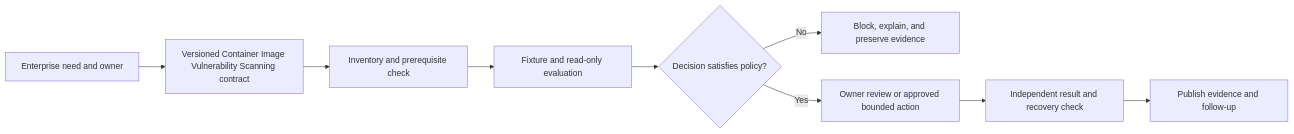
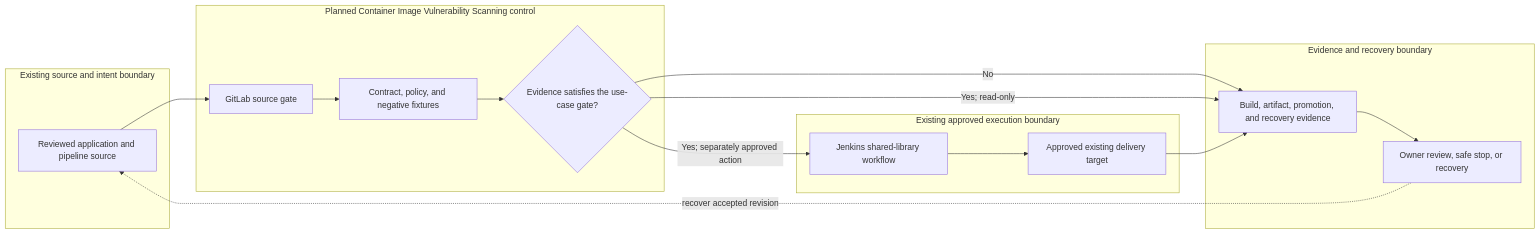
Before and after one commit to MIDHTECH/enterprise-architecture-docs: the diagram in docs/use-cases/devsecops/UC-CICD-012-container-image-vulnerability-scanning.md, drawn with Mermaid. The commit also changed other lines of this file and 227 other files, not shown here.

Commit message:
Deepen architecture for all use case designs

````diff
--- a/docs/use-cases/devsecops/UC-CICD-012-container-image-vulnerability-scanning.md
+++ b/docs/use-cases/devsecops/UC-CICD-012-container-image-vulnerability-scanning.md
@@ -136,11 +129,25 @@
 ```mermaid
 flowchart LR
-    Need["Enterprise need and owner"] --> Contract["Versioned Container Image Vulnerability Scanning contract"]
-    Contract --> Preflight["Inventory and prerequisite check"]
-    Preflight --> Evaluate["Fixture and read-only evaluation"]
-    Evaluate --> Decision{"Decision satisfies policy?"}
-    Decision -->|No| Stop["Block, explain, and preserve evidence"]
-    Decision -->|Yes| Review["Owner review or approved bounded action"]
-    Review --> Verify["Independent result and recovery check"]
-    Verify --> Publish["Publish evidence and follow-up"]
+    subgraph Source["Existing source and intent boundary"]
+        A["Reviewed application and pipeline source"]
+    end
+    subgraph Planned["Planned Container Image Vulnerability Scanning control"]
+        B["GitLab source gate"]
+        C["Contract, policy, and negative fixtures"]
+        D{"Evidence satisfies the use-case gate?"}
+    end
+    subgraph Runtime["Existing approved execution boundary"]
+        E["Jenkins shared-library workflow"]
+        F["Approved existing delivery target"]
+    end
+    subgraph Assurance["Evidence and recovery boundary"]
+        G["Build, artifact, promotion, and recovery evidence"]
+        H["Owner review, safe stop, or recovery"]
+    end
+
+    A --> B --> C --> D
+    D -->|No| G --> H
+    D -->|Yes; read-only| G
+    D -->|Yes; separately approved action| E --> F --> G
+    H -. recover accepted revision .-> A
 ```
````
